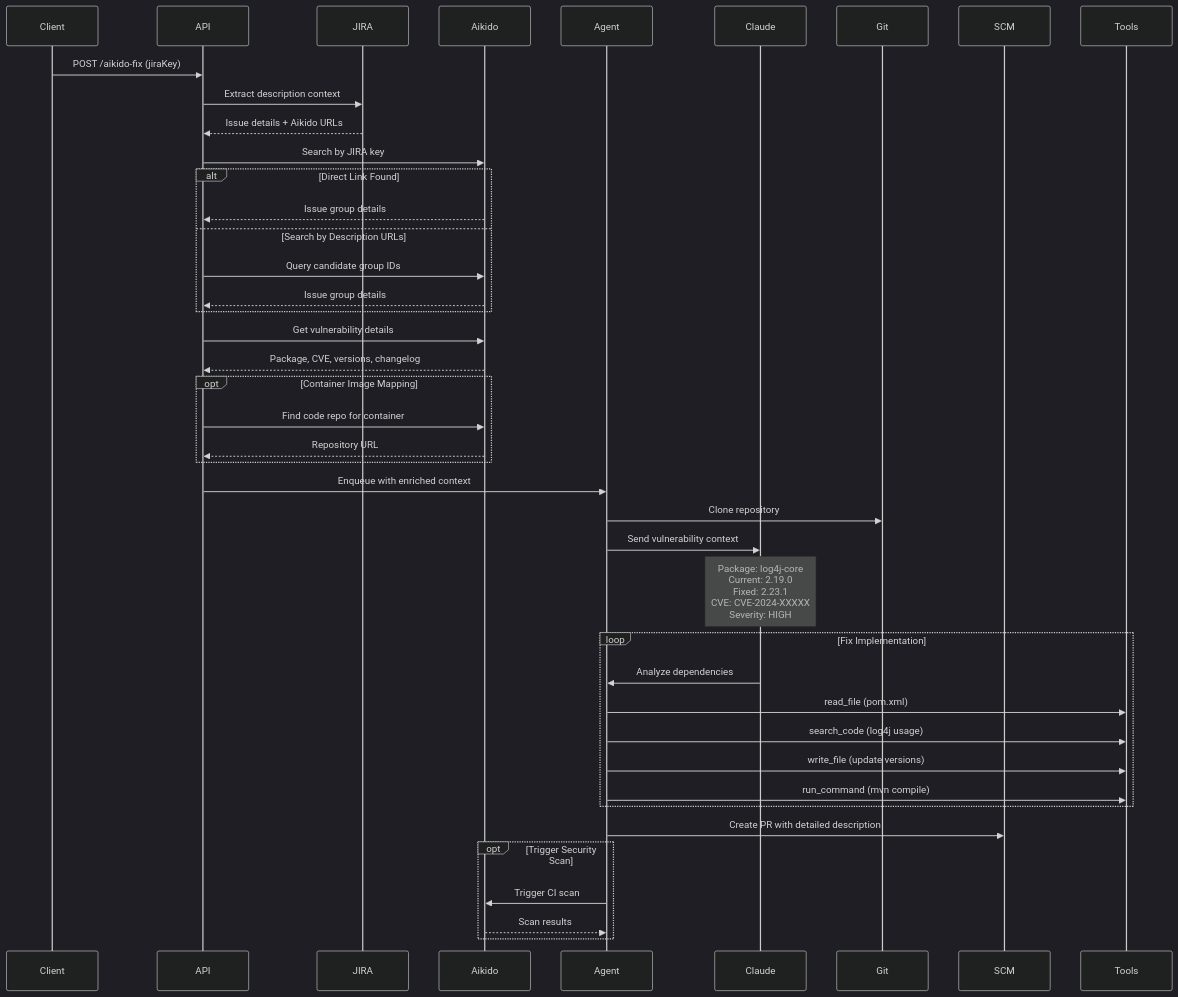
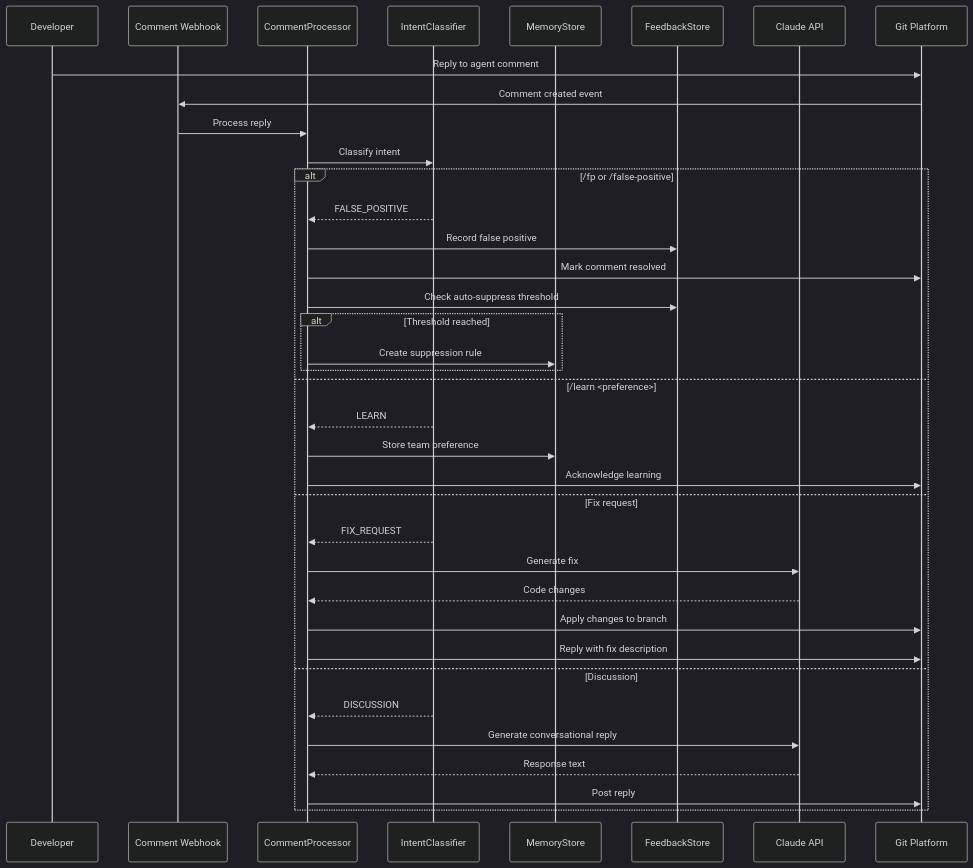
One commit to Ai-Whisperers/code-agent changed the third of 12 diagrams in docs/flows.md. Above: the diagram before and after it, drawn with Mermaid (dark theme). The commit also changed other lines of this file and 6 other files, not shown here.

````diff
--- a/docs/flows.md
+++ b/docs/flows.md
@@ -120,52 +148,45 @@
 ```mermaid
 sequenceDiagram
-    participant Client
-    participant API
-    participant JIRA
-    participant Aikido
-    participant Agent
-    participant Claude
-    participant Git
-    participant SCM
+    participant Dev as Developer
+    participant Webhook as Comment Webhook
+    participant Processor as CommentProcessor
+    participant Classifier as IntentClassifier
+    participant Memory as MemoryStore
+    participant Feedback as FeedbackStore
+    participant Claude as Claude API
+    participant Platform as Git Platform
 
-    Client->>API: POST /aikido-fix (jiraKey)
-    API->>JIRA: Extract description context
-    JIRA-->>API: Issue details + Aikido URLs
+    Dev->>Platform: Reply to agent comment
+    Platform->>Webhook: Comment created event
+    Webhook->>Processor: Process reply
     
-    API->>Aikido: Search by JIRA key
-    alt Direct Link Found
-        Aikido-->>API: Issue group details
-    else Search by Description URLs
-        API->>Aikido: Query candidate group IDs
-        Aikido-->>API: Issue group details
-    end
+    Processor->>Classifier: Classify intent
     
-    API->>Aikido: Get vulnerability details
-    Aikido-->>API: Package, CVE, versions, changelog
-    
-    opt Container Image Mapping
-        API->>Aikido: Find code repo for container
-        Aikido-->>API: Repository URL
-    end
-    
-    API->>Agent: Enqueue with enriched context
-    
-    Agent->>Git: Clone repository
-    Agent->>Claude: Send vulnerability context
-    Note over Claude: Package: log4j-core<br/>Current: 2.19.0<br/>Fixed: 2.23.1<br/>CVE: CVE-2024-XXXXX<br/>Severity: HIGH
-    
-    loop Fix Implementation
-        Claude->>Agent: Analyze dependencies
-        Agent->>Tools: read_file (pom.xml)
-        Agent->>Tools: search_code (log4j usage)
-        Agent->>Tools: write_file (update versions)
-        Agent->>Tools: run_command (mvn compile)
-    end
-    
-    Agent->>SCM: Create PR with detailed description
-    
-    opt Trigger Security Scan
-        Agent->>Aikido: Trigger CI scan
-        Aikido-->>Agent: Scan results
+    alt /fp or /false-positive
+        Classifier-->>Processor: FALSE_POSITIVE
+        Processor->>Feedback: Record false positive
+        Processor->>Platform: Mark comment resolved
+        Processor->>Feedback: Check auto-suppress threshold
+        alt Threshold reached
+            Processor->>Memory: Create suppression rule
+        end
+        
+    else /learn <preference>
+        Classifier-->>Processor: LEARN
+        Processor->>Memory: Store team preference
+        Processor->>Platform: Acknowledge learning
+        
+    else Fix request
+        Classifier-->>Processor: FIX_REQUEST
+        Processor->>Claude: Generate fix
+        Claude-->>Processor: Code changes
+        Processor->>Platform: Apply changes to branch
+        Processor->>Platform: Reply with fix description
+        
+    else Discussion
+        Classifier-->>Processor: DISCUSSION
+        Processor->>Claude: Generate conversational reply
+        Claude-->>Processor: Response text
+        Processor->>Platform: Post reply
     end
 ```
````
